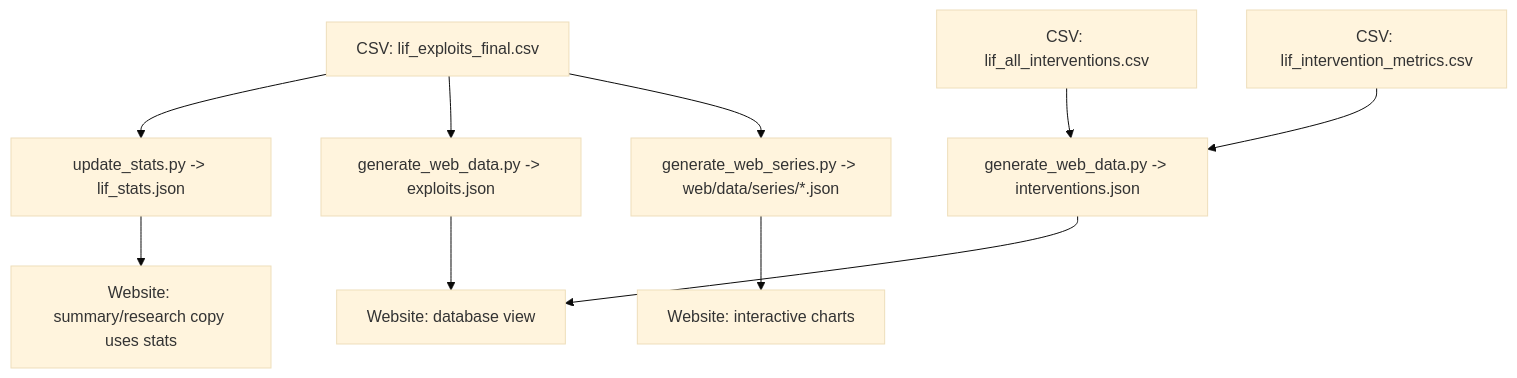
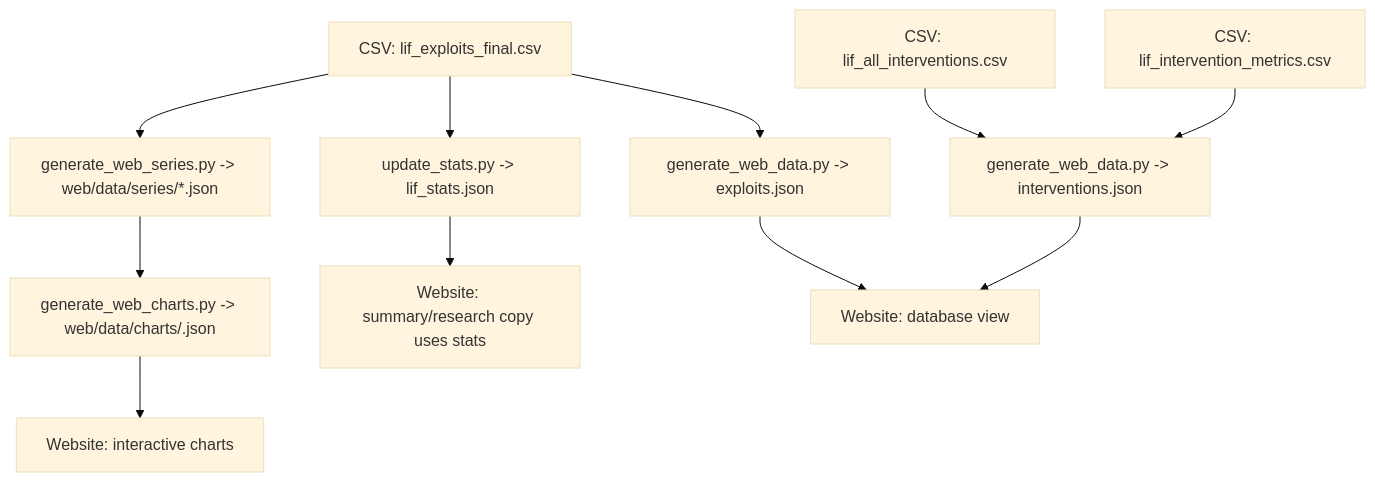
One commit to parametrig/legitimate-intervention-framework changed the diagram in web/DEVELOPMENT_PLAN.md. Above: the diagram before and after it, drawn with Mermaid (base theme). The commit also changed other lines of this file and 87 other files, not shown here.

````diff
--- a/web/DEVELOPMENT_PLAN.md
+++ b/web/DEVELOPMENT_PLAN.md
@@ -89,12 +92,13 @@
 ```mermaid
 flowchart TD
   A[CSV: lif_exploits_final.csv] --> B[update_stats.py -> lif_stats.json]
   A --> C[generate_web_data.py -> exploits.json]
   D[CSV: lif_all_interventions.csv] --> E[generate_web_data.py -> interventions.json]
   F[CSV: lif_intervention_metrics.csv] --> E
   A --> G[generate_web_series.py -> web/data/series/*.json]
+  G --> K[generate_web_charts.py -> web/data/charts/<chart_id>.json]
   B --> H[Website: summary/research copy uses stats]
   C --> I[Website: database view]
   E --> I
-  G --> J[Website: interactive charts]
+  K --> J[Website: interactive charts]
 ```
````
